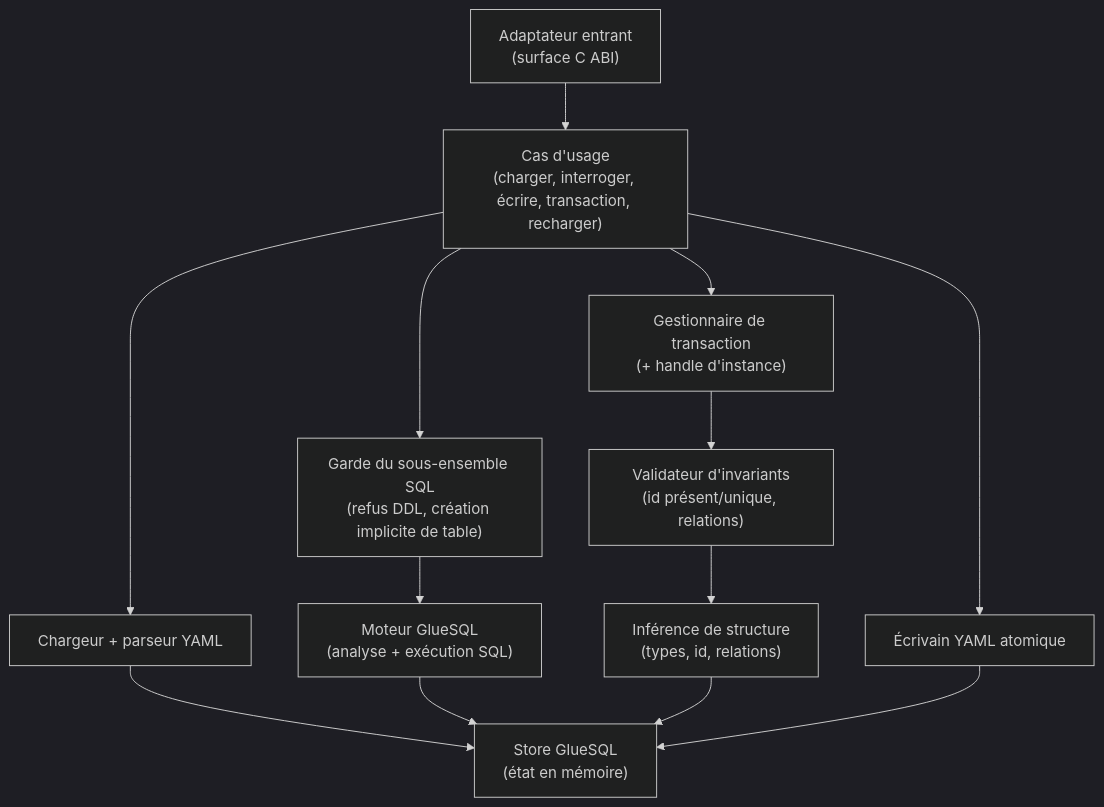
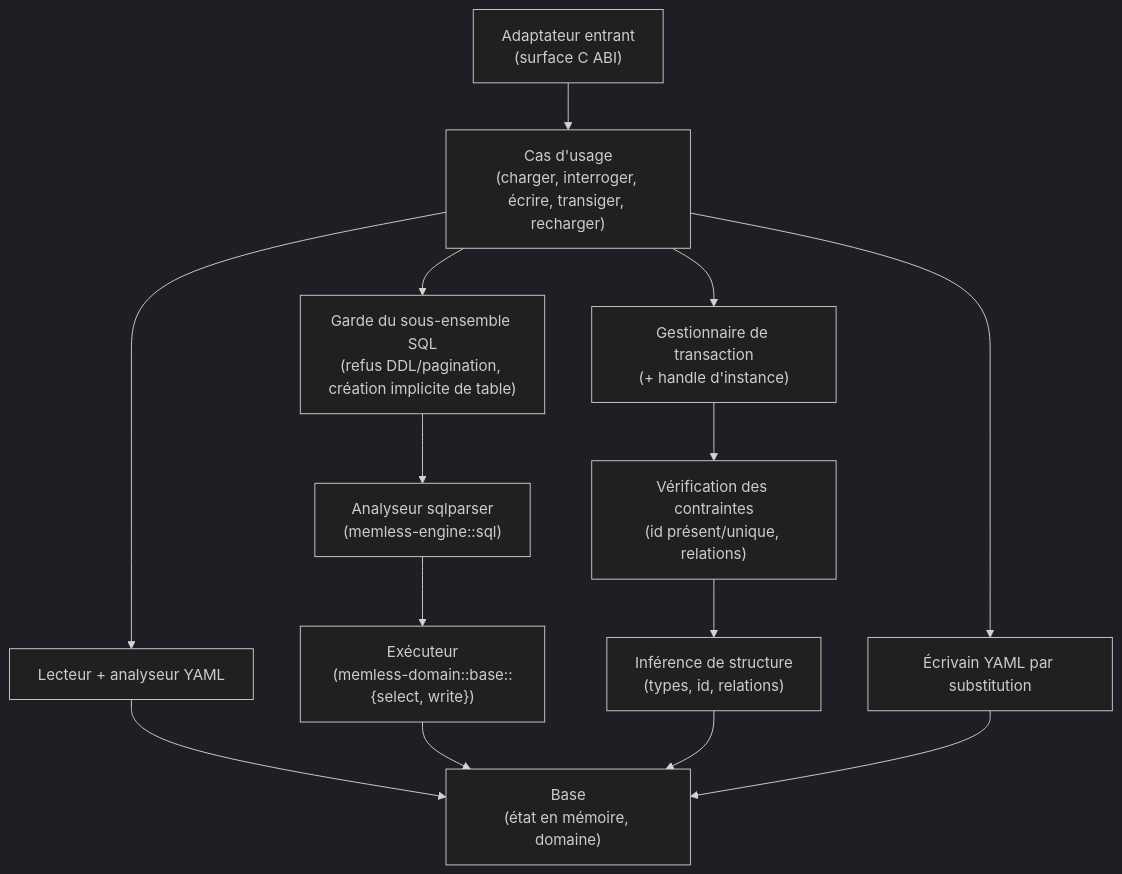
The third of 6 diagrams in .charpente/architecture/diagrams.md (nascent-tech/memless), drawn with Mermaid (dark theme) before and after one commit. The commit also changed other lines of this file and 29 other files, not shown here.

First line of the commit message:
docs: bring the brief, MVP and architecture in line with the delivered product (#28)

````diff
--- a/.charpente/architecture/diagrams.md
+++ b/.charpente/architecture/diagrams.md
@@ -56,27 +56,29 @@
 ```mermaid
 graph TD
     %% C4 Component
     entree["Adaptateur entrant<br/>(surface C ABI)"]
-    usecases["Cas d'usage<br/>(charger, interroger, écrire, transaction, recharger)"]
-    charge["Chargeur + parseur YAML"]
+    usecases["Cas d'usage<br/>(charger, interroger, écrire, transiger, recharger)"]
+    charge["Lecteur + analyseur YAML"]
     inference["Inférence de structure<br/>(types, id, relations)"]
-    integrite["Validateur d'invariants<br/>(id présent/unique, relations)"]
-    garde["Garde du sous-ensemble SQL<br/>(refus DDL, création implicite de table)"]
+    integrite["Vérification des contraintes<br/>(id présent/unique, relations)"]
+    garde["Garde du sous-ensemble SQL<br/>(refus DDL/pagination, création implicite de table)"]
     tx["Gestionnaire de transaction<br/>(+ handle d'instance)"]
-    store["Store GlueSQL<br/>(état en mémoire)"]
-    sql["Moteur GlueSQL<br/>(analyse + exécution SQL)"]
-    yaml["Écrivain YAML atomique"]
+    base["Base<br/>(état en mémoire, domaine)"]
+    sql["Analyseur sqlparser<br/>(memless-engine::sql)"]
+    executeur["Exécuteur<br/>(memless-domain::base::{select, write})"]
+    yaml["Écrivain YAML par substitution"]
 
     entree --> usecases
     usecases --> charge
-    charge --> store
+    charge --> base
     usecases --> tx
     usecases --> garde
     garde --> sql
-    sql --> store
+    sql --> executeur
+    executeur --> base
     tx --> integrite
     integrite --> inference
-    inference --> store
+    inference --> base
     usecases --> yaml
-    yaml --> store
+    yaml --> base
 ```
````
